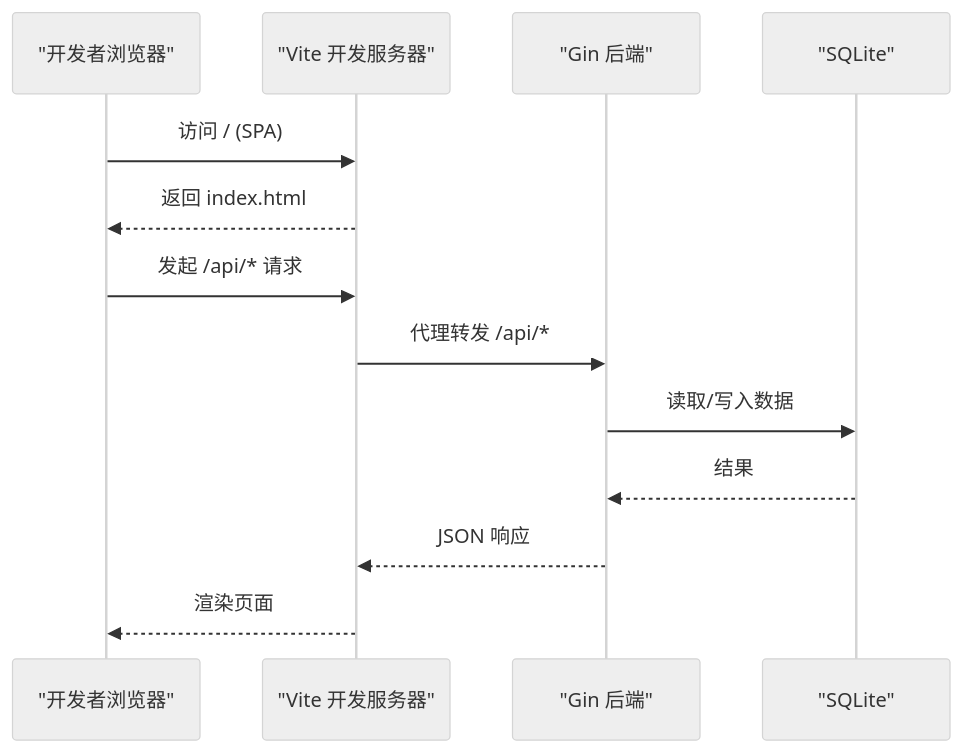
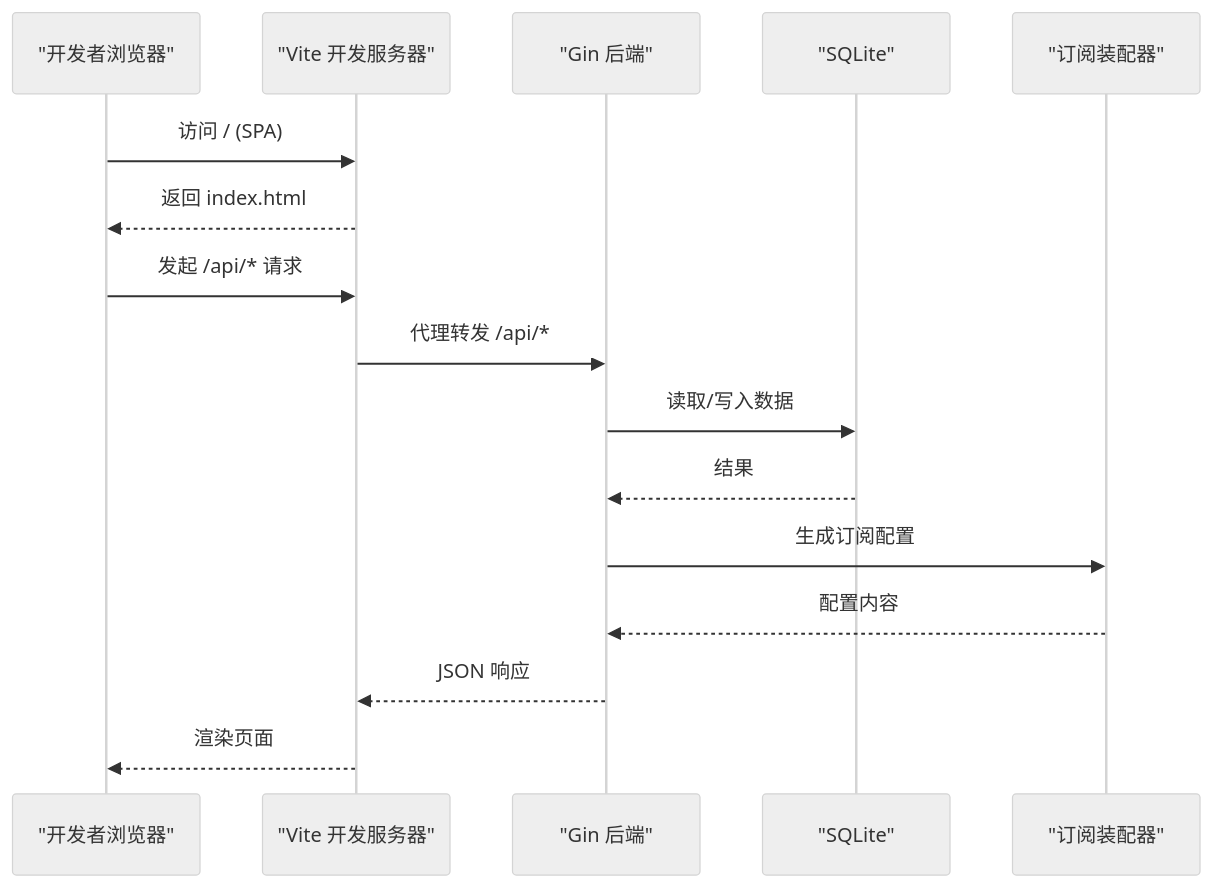
One commit to AlcaProphet/VPN-Subscription-Management changed the second of 10 diagrams in .qoder/repowiki/zh/content/开发指南/开发指南.md. Above: the diagram before and after it, drawn with Mermaid (neutral theme). The commit also changed other lines of this file and 109 other files, not shown here.

````diff
--- a/.qoder/repowiki/zh/content/开发指南/开发指南.md
+++ b/.qoder/repowiki/zh/content/开发指南/开发指南.md
@@ -113,15 +147,18 @@
 ```mermaid
 sequenceDiagram
 participant Dev as "开发者浏览器"
 participant Vite as "Vite 开发服务器"
 participant BE as "Gin 后端"
 participant DB as "SQLite"
+participant SUB as "订阅装配器"
 Dev->>Vite : 访问 / (SPA)
 Vite-->>Dev : 返回 index.html
 Dev->>Vite : 发起 /api/* 请求
 Vite->>BE : 代理转发 /api/*
 BE->>DB : 读取/写入数据
 DB-->>BE : 结果
+BE->>SUB : 生成订阅配置
+SUB-->>BE : 配置内容
 BE-->>Vite : JSON 响应
 Vite-->>Dev : 渲染页面
 ```
````
